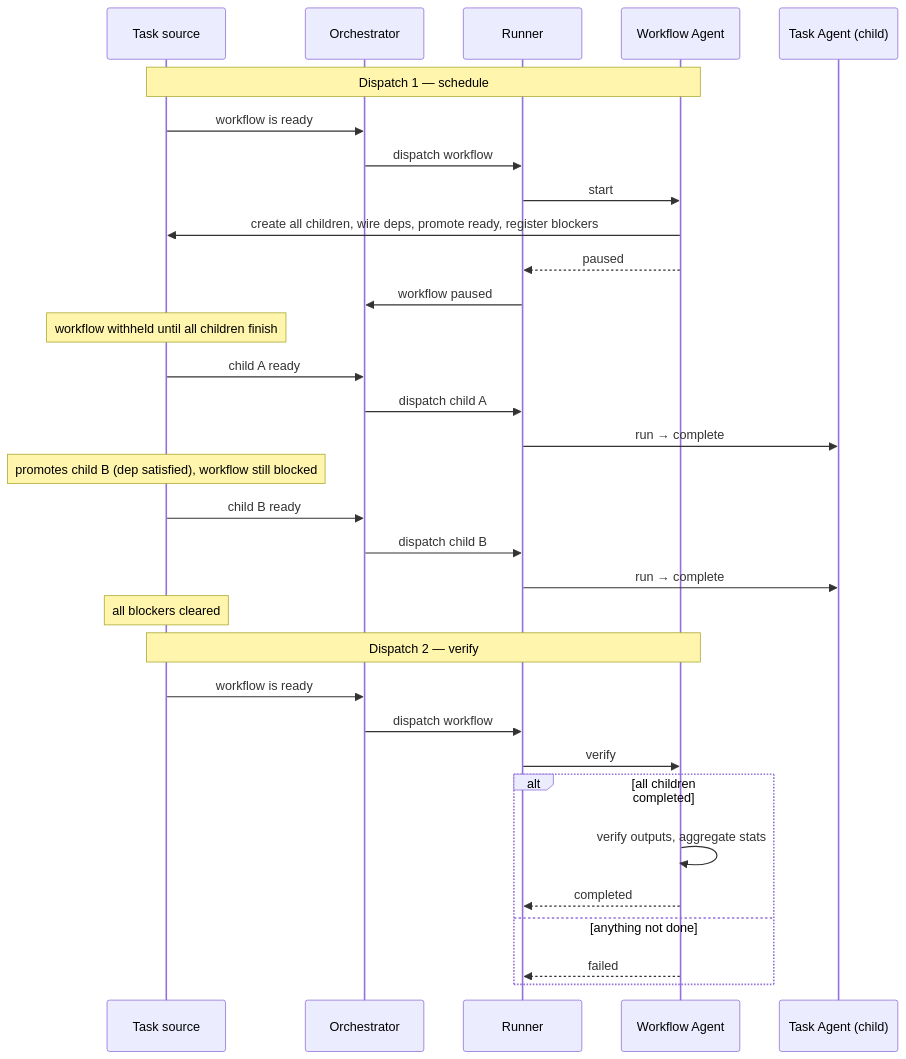
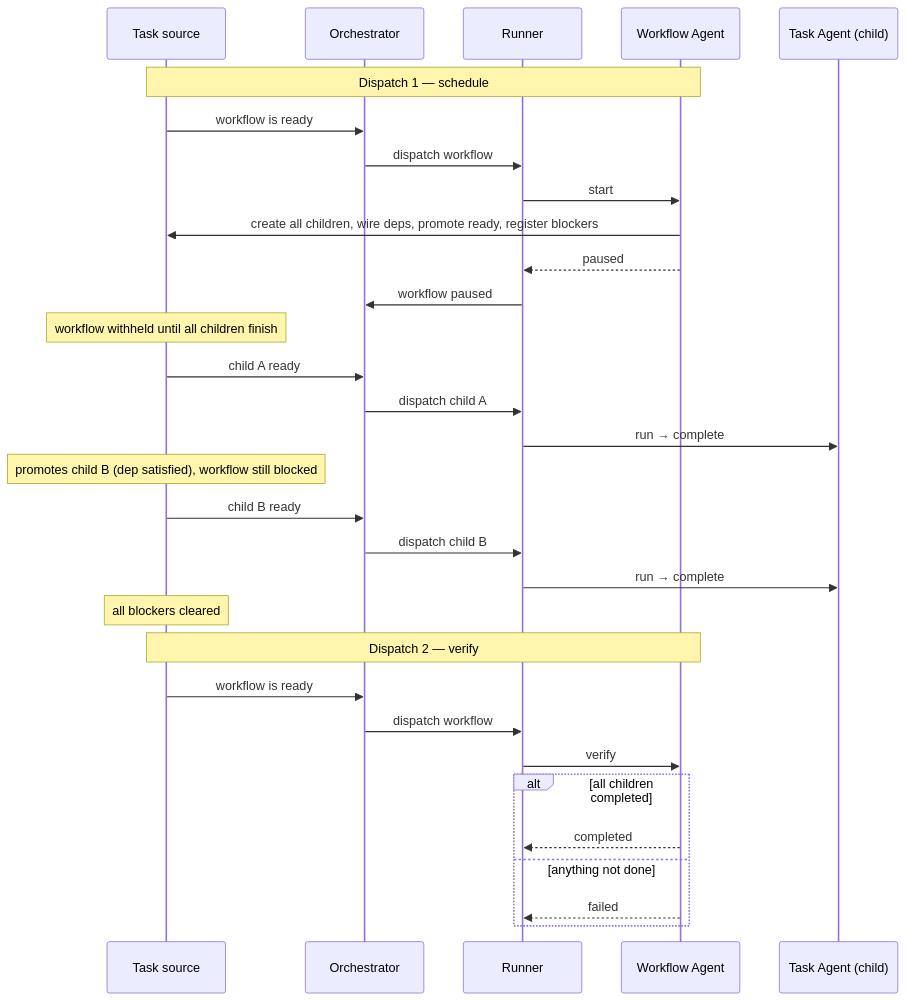
The diagram in orchestrator-v2/docs/agent-4-workflow.md (devzeebo/bifrost), drawn with Mermaid before and after one commit. The commit also changed other lines of this file and 10 other files, not shown here.

````diff
--- a/orchestrator-v2/docs/agent-4-workflow.md
+++ b/orchestrator-v2/docs/agent-4-workflow.md
@@ -74,38 +76,37 @@
 ```mermaid
 sequenceDiagram
   participant Source as Task source
   participant Orch as Orchestrator
   participant Runner
   participant WF as Workflow Agent
   participant Child as Task Agent (child)
 
   Note over Source,WF: Dispatch 1 — schedule
   Source->>Orch: workflow is ready
   Orch->>Runner: dispatch workflow
   Runner->>WF: start
   WF->>Source: create all children, wire deps, promote ready, register blockers
   WF-->>Runner: paused
   Runner->>Orch: workflow paused
   Note over Source: workflow withheld until all children finish
 
   Source->>Orch: child A ready
   Orch->>Runner: dispatch child A
   Runner->>Child: run → complete
   Note over Source: promotes child B (dep satisfied), workflow still blocked
 
   Source->>Orch: child B ready
   Orch->>Runner: dispatch child B
   Runner->>Child: run → complete
   Note over Source: all blockers cleared
 
   Note over Source,WF: Dispatch 2 — verify
   Source->>Orch: workflow is ready
   Orch->>Runner: dispatch workflow
   Runner->>WF: verify
   alt all children completed
-    WF->>WF: verify outputs, aggregate stats
     WF-->>Runner: completed
   else anything not done
     WF-->>Runner: failed
   end
 ```
````
